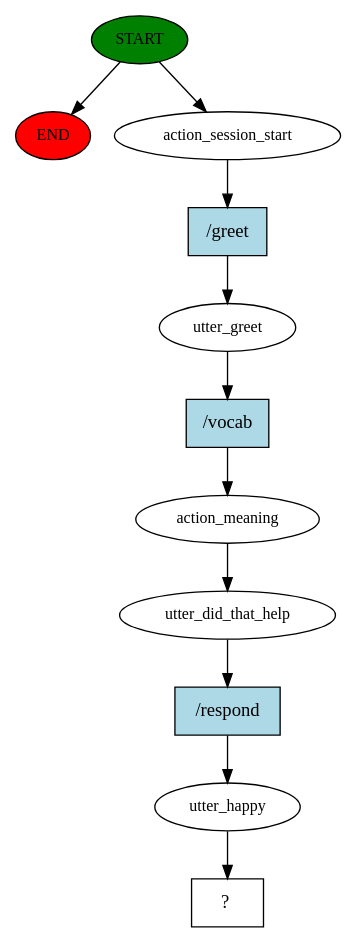
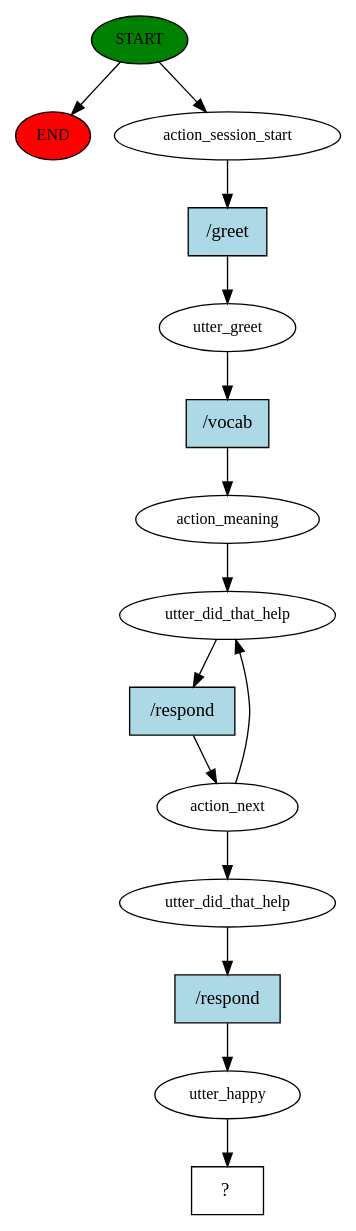
Before and after one commit to SockAndSandal/Quire_GrammarChatbot: the diagram in story_graph.dot, drawn with Graphviz. The commit also changed 12 other files, not shown here.

```diff
--- a/story_graph.dot
+++ b/story_graph.dot
@@ -1,23 +1,30 @@
 digraph  {
 0 [class="start active", fillcolor=green, fontsize=12, label=START, style=filled];
 "-1" [class=end, fillcolor=red, fontsize=12, label=END, style=filled];
 1 [class=active, fontsize=12, label=action_session_start];
 2 [class=active, fontsize=12, label=utter_greet];
 3 [class=active, fontsize=12, label=action_meaning];
 4 [class=active, fontsize=12, label=utter_did_that_help];
-5 [class=active, fontsize=12, label=utter_happy];
-6 [class="intent dashed active", label="  ?  ", shape=rect];
-7 [class="intent active", fillcolor=lightblue, label="/greet", shape=rect, style=filled];
-8 [class="intent active", fillcolor=lightblue, label="/vocab", shape=rect, style=filled];
-9 [class="intent active", fillcolor=lightblue, label="/respond", shape=rect, style=filled];
+5 [class=active, fontsize=12, label=action_next];
+10 [class=active, fontsize=12, label=utter_did_that_help];
+11 [class=active, fontsize=12, label=utter_happy];
+12 [class="intent dashed active", label="  ?  ", shape=rect];
+13 [class="intent active", fillcolor=lightblue, label="/greet", shape=rect, style=filled];
+14 [class="intent active", fillcolor=lightblue, label="/vocab", shape=rect, style=filled];
+15 [class="intent active", fillcolor=lightblue, label="/respond", shape=rect, style=filled];
+16 [class="intent active", fillcolor=lightblue, label="/respond", shape=rect, style=filled];
 0 -> "-1"  [class="", key=NONE, label=""];
 0 -> 1  [class=active, key=NONE, label=""];
-1 -> 7  [class=active, key=0];
-2 -> 8  [class=active, key=0];
+1 -> 13  [class=active, key=0];
+2 -> 14  [class=active, key=0];
 3 -> 4  [class=active, key=NONE, label=""];
-4 -> 9  [class=active, key=0];
-5 -> 6  [class=active, key=NONE, label=""];
-7 -> 2  [class=active, key=0];
-8 -> 3  [class=active, key=0];
-9 -> 5  [class=active, key=0];
+4 -> 15  [class=active, key=0];
+5 -> 4  [class=active, key=NONE, label=""];
+5 -> 10  [class=active, key=NONE, label=""];
+10 -> 16  [class=active, key=0];
+11 -> 12  [class=active, key=NONE, label=""];
+13 -> 2  [class=active, key=0];
+14 -> 3  [class=active, key=0];
+15 -> 5  [class=active, key=0];
+16 -> 11  [class=active, key=0];
 }
```
